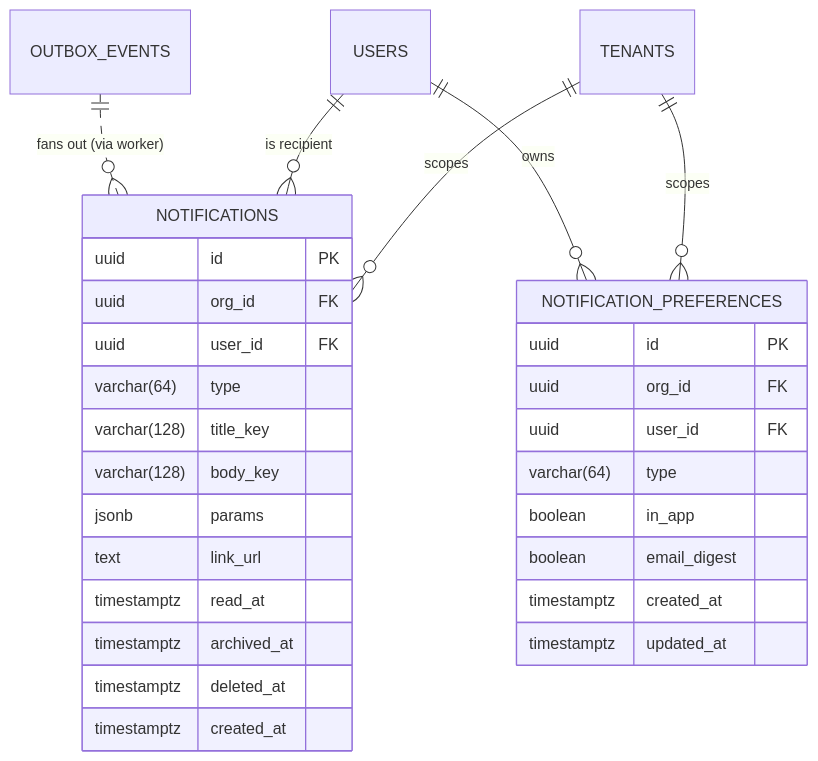
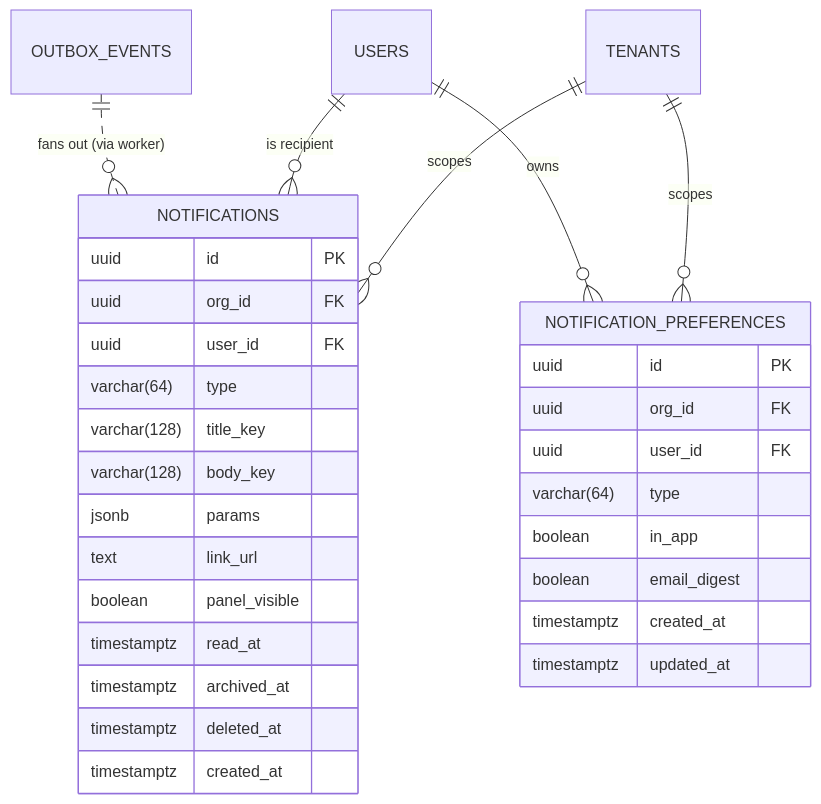
One commit to purposestack/givernance changed the third of 3 diagrams in docs/27-notifications.md. Above: the diagram before and after it, drawn with Mermaid. The commit also changed other lines of this file and 6 other files, not shown here.

````diff
--- a/docs/27-notifications.md
+++ b/docs/27-notifications.md
@@ -137,34 +137,35 @@
 ```mermaid
 erDiagram
   TENANTS ||--o{ NOTIFICATIONS : "scopes"
   USERS ||--o{ NOTIFICATIONS : "is recipient"
   TENANTS ||--o{ NOTIFICATION_PREFERENCES : "scopes"
   USERS ||--o{ NOTIFICATION_PREFERENCES : "owns"
   OUTBOX_EVENTS ||..o{ NOTIFICATIONS : "fans out (via worker)"
 
   NOTIFICATIONS {
     uuid id PK
     uuid org_id FK
     uuid user_id FK
     varchar(64) type
     varchar(128) title_key
     varchar(128) body_key
     jsonb params
     text link_url
+    boolean panel_visible
     timestamptz read_at
     timestamptz archived_at
     timestamptz deleted_at
     timestamptz created_at
   }
 
   NOTIFICATION_PREFERENCES {
     uuid id PK
     uuid org_id FK
     uuid user_id FK
     varchar(64) type
     boolean in_app
     boolean email_digest
     timestamptz created_at
     timestamptz updated_at
   }
 ```
````
